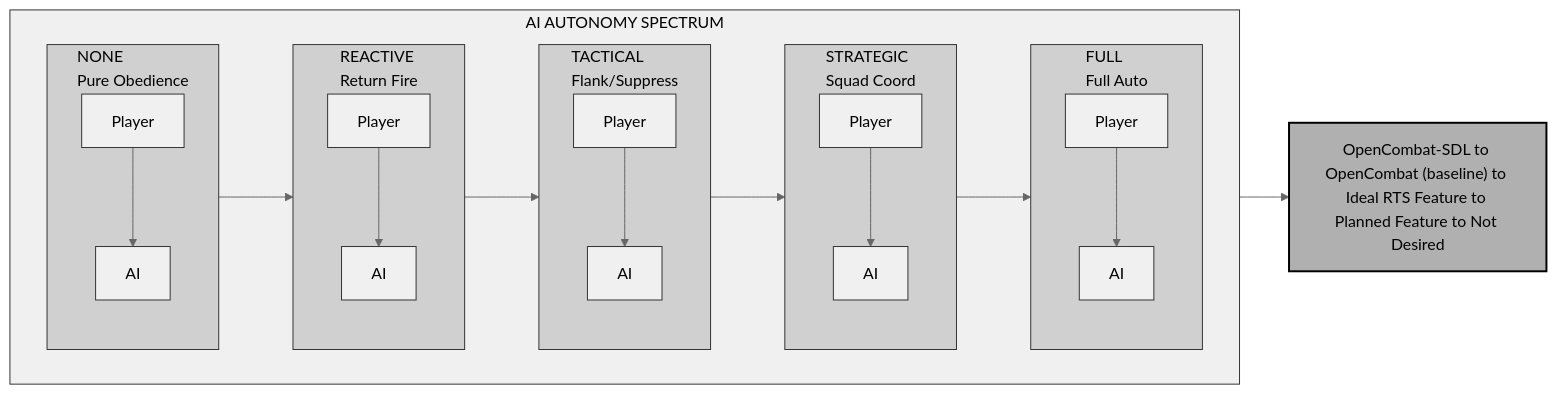
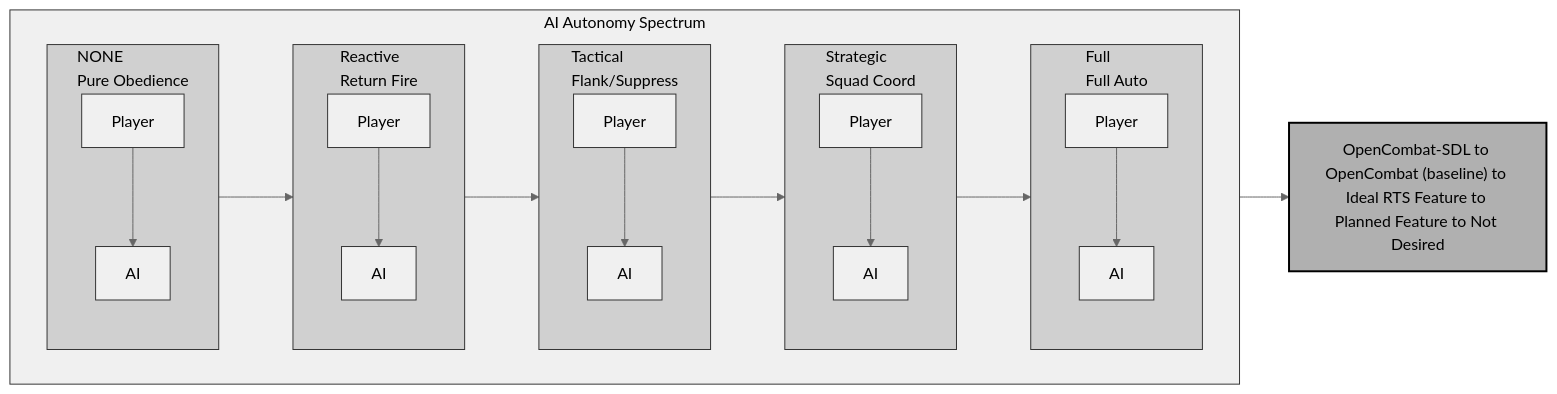
The fifth of 5 diagrams in chapter_06_orders_ai.md (jukofyork/close-combat-architecture-study), drawn with Mermaid (neutral theme) before and after one commit. The commit also changed other lines of this file and 5 other files, not shown here.

````diff
--- a/chapter_06_orders_ai.md
+++ b/chapter_06_orders_ai.md
@@ -632,46 +633,46 @@
 ```mermaid
 flowchart LR
-    subgraph Spectrum["AI AUTONOMY SPECTRUM"]
+    subgraph Spectrum["AI Autonomy Spectrum"]
         direction LR
         
         subgraph None["NONE<br/>Pure Obedience"]
             direction TB
             n1["Player"] --> n2["AI"]
         end
         
-        subgraph Reactive["REACTIVE<br/>Return Fire"]
+        subgraph Reactive["Reactive<br/>Return Fire"]
             direction TB
             r1["Player"] --> r2["AI"]
         end
         
-        subgraph Tactical["TACTICAL<br/>Flank/Suppress"]
+        subgraph Tactical["Tactical<br/>Flank/Suppress"]
             direction TB
             t1["Player"] --> t2["AI"]
         end
         
-        subgraph Strategic["STRATEGIC<br/>Squad Coord"]
+        subgraph Strategic["Strategic<br/>Squad Coord"]
             direction TB
             s1["Player"] --> s2["AI"]
         end
         
-        subgraph Full["FULL<br/>Full Auto"]
+        subgraph Full["Full<br/>Full Auto"]
             direction TB
             f1["Player"] --> f2["AI"]
         end
         
         None --> Reactive --> Tactical --> Strategic --> Full
     end
     
     labels["OpenCombat-SDL to OpenCombat (baseline) to Ideal RTS Feature to Planned Feature to Not Desired"]
     Spectrum --> labels
     
     classDef default fill:#fff,stroke:#000,stroke-width:1px,color:#000
     classDef light fill:#f0f0f0,stroke:#333,stroke-width:1px,color:#000
     classDef medium fill:#d0d0d0,stroke:#333,stroke-width:1px,color:#000
     classDef dark fill:#b0b0b0,stroke:#000,stroke-width:2px,color:#000
     
     class Spectrum light
     class None,Reactive,Tactical,Strategic,Full medium
     class n1,n2,r1,r2,t1,t2,s1,s2,f1,f2 light
     class labels dark
 ```
````
